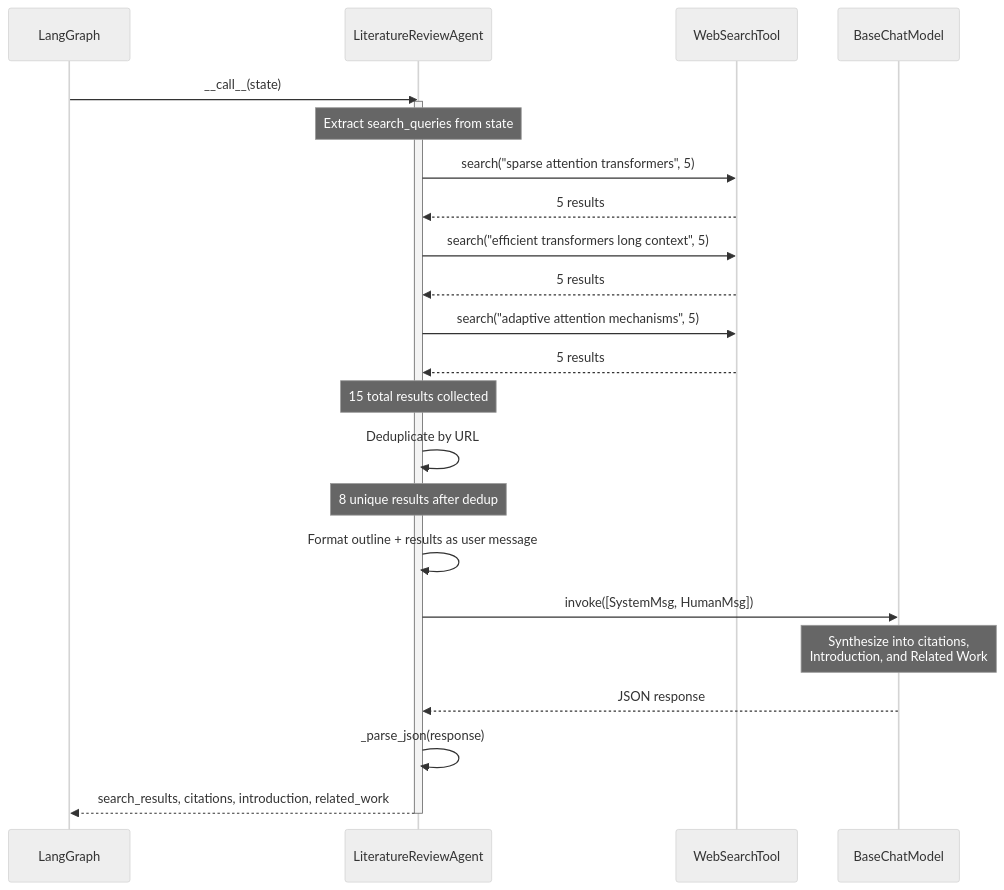
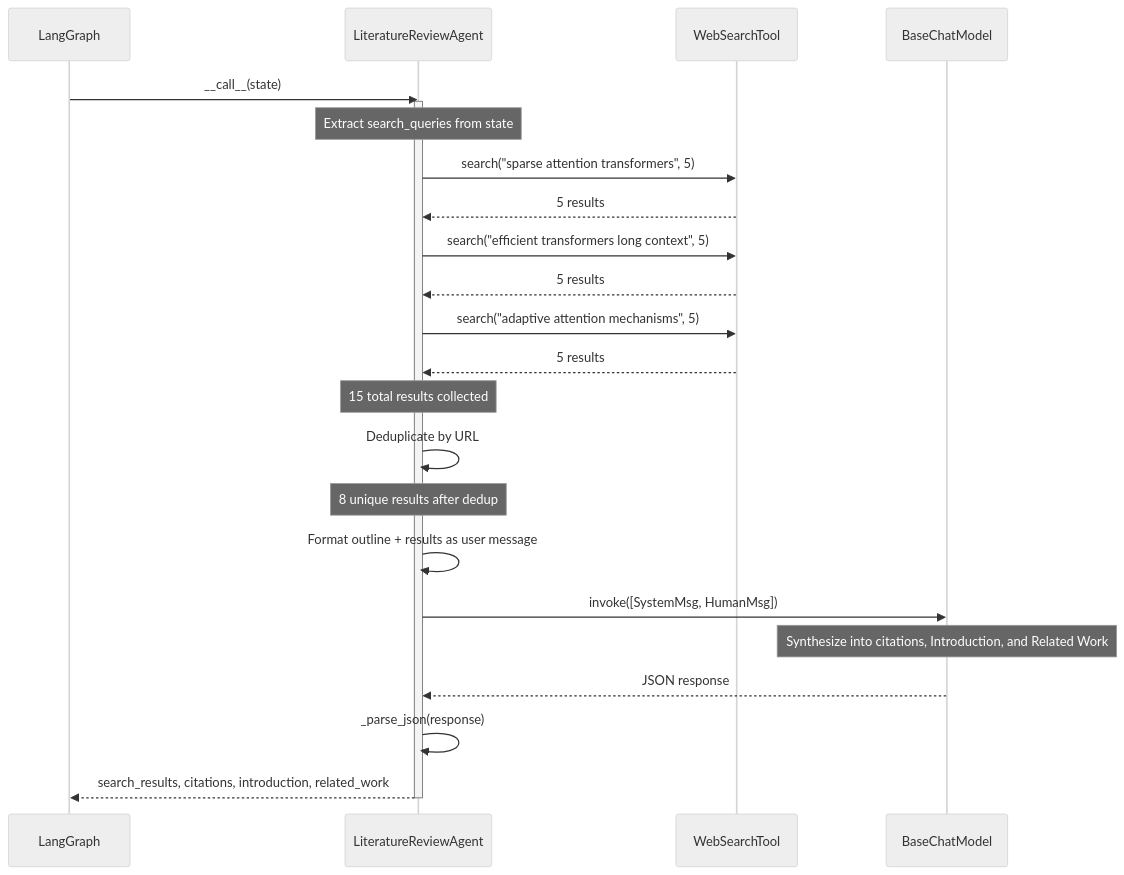
One commit to dimitarpg13/agentic_architectures_and_design_patterns changed the tenth of 14 diagrams in notebooks/research_paper_creation/docs/research_paper_agentic_workflow_diagrams.md. Above: the diagram before and after it, drawn with Mermaid (neutral theme). The commit also changed other lines of this file, not shown here.

Commit message:
fix mermaid rendering errors in markdown

````diff
--- a/notebooks/research_paper_creation/docs/research_paper_agentic_workflow_diagrams.md
+++ b/notebooks/research_paper_creation/docs/research_paper_agentic_workflow_diagrams.md
@@ -626,35 +595,35 @@
 ```mermaid
 sequenceDiagram
     participant LG as LangGraph
     participant LRA as LiteratureReviewAgent
     participant ST as WebSearchTool
     participant LLM as BaseChatModel
 
     LG->>LRA: __call__(state)
     activate LRA
 
     Note over LRA: Extract search_queries from state
 
     LRA->>ST: search("sparse attention transformers", 5)
     ST-->>LRA: 5 results
 
     LRA->>ST: search("efficient transformers long context", 5)
     ST-->>LRA: 5 results
 
     LRA->>ST: search("adaptive attention mechanisms", 5)
     ST-->>LRA: 5 results
 
     Note over LRA: 15 total results collected
 
     LRA->>LRA: Deduplicate by URL
     Note over LRA: 8 unique results after dedup
 
     LRA->>LRA: Format outline + results as user message
     LRA->>LLM: invoke([SystemMsg, HumanMsg])
-    Note over LLM: Synthesize into citations,<br/>Introduction, and Related Work
+    Note over LLM: Synthesize into citations, Introduction, and Related Work
     LLM-->>LRA: JSON response
 
     LRA->>LRA: _parse_json(response)
     LRA-->>LG: search_results, citations, introduction, related_work
     deactivate LRA
 ```
````
